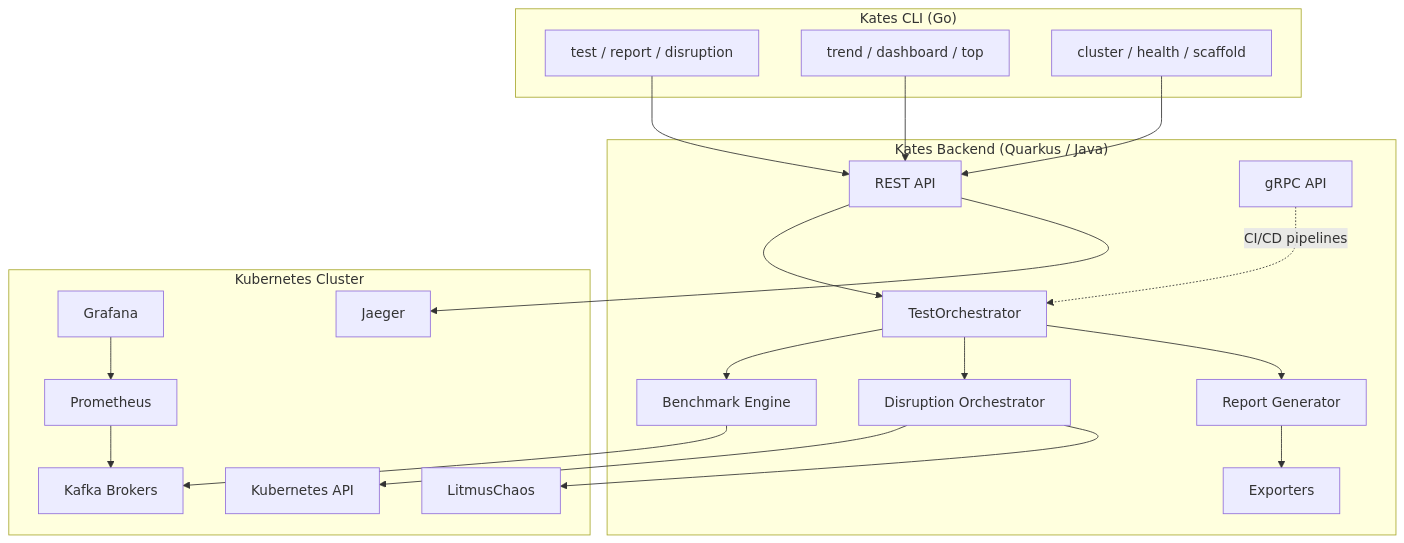
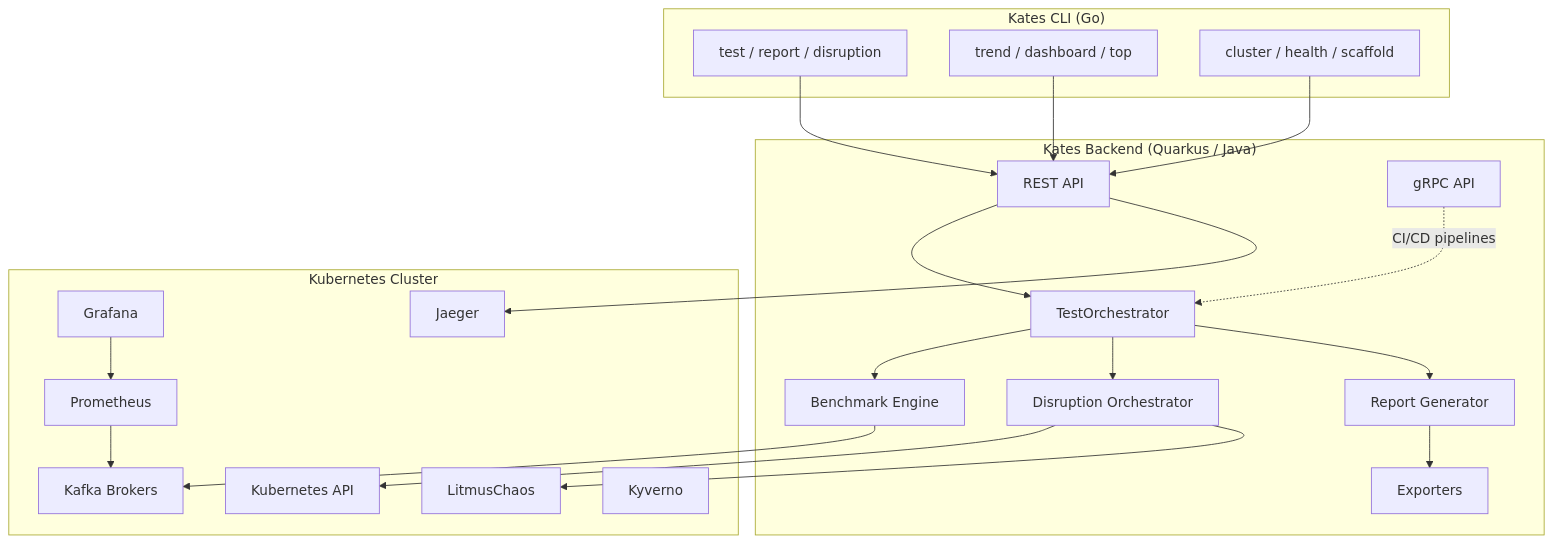
One commit to actions-marketplace-validations/bmscomp_kates changed the first of 7 diagrams in docs/book/02-architecture.md. Above: the diagram before and after it, drawn with Mermaid. The commit also changed other lines of this file and 12 other files, not shown here.

````diff
--- a/docs/book/02-architecture.md
+++ b/docs/book/02-architecture.md
@@ -7,43 +7,44 @@
 ```mermaid
 graph TB
     subgraph CLI["Kates CLI (Go)"]
         CLI1[test / report / disruption]
         CLI2[trend / dashboard / top]
         CLI3[cluster / health / scaffold]
     end
     
     subgraph Backend["Kates Backend (Quarkus / Java)"]
         API[REST API]
         GRPC[gRPC API]
         ORCH[TestOrchestrator]
         ENG[Benchmark Engine]
         CHAOS[Disruption Orchestrator]
         RPT[Report Generator]
         EXP[Exporters]
     end
     
     subgraph Infra["Kubernetes Cluster"]
         K8S[Kubernetes API]
         KAFKA[Kafka Brokers]
         PROM[Prometheus]
         GRAF[Grafana]
         JAEGER[Jaeger]
         LIT[LitmusChaos]
+        KYV[Kyverno]
     end
     
     CLI1 --> API
     CLI2 --> API
     CLI3 --> API
     GRPC -.->|"CI/CD pipelines"| ORCH
     API --> ORCH
     ORCH --> ENG
     ORCH --> CHAOS
     ORCH --> RPT
     RPT --> EXP
     CHAOS --> K8S
     CHAOS --> LIT
     ENG --> KAFKA
     PROM --> KAFKA
     GRAF --> PROM
     API --> JAEGER
 ```
````
